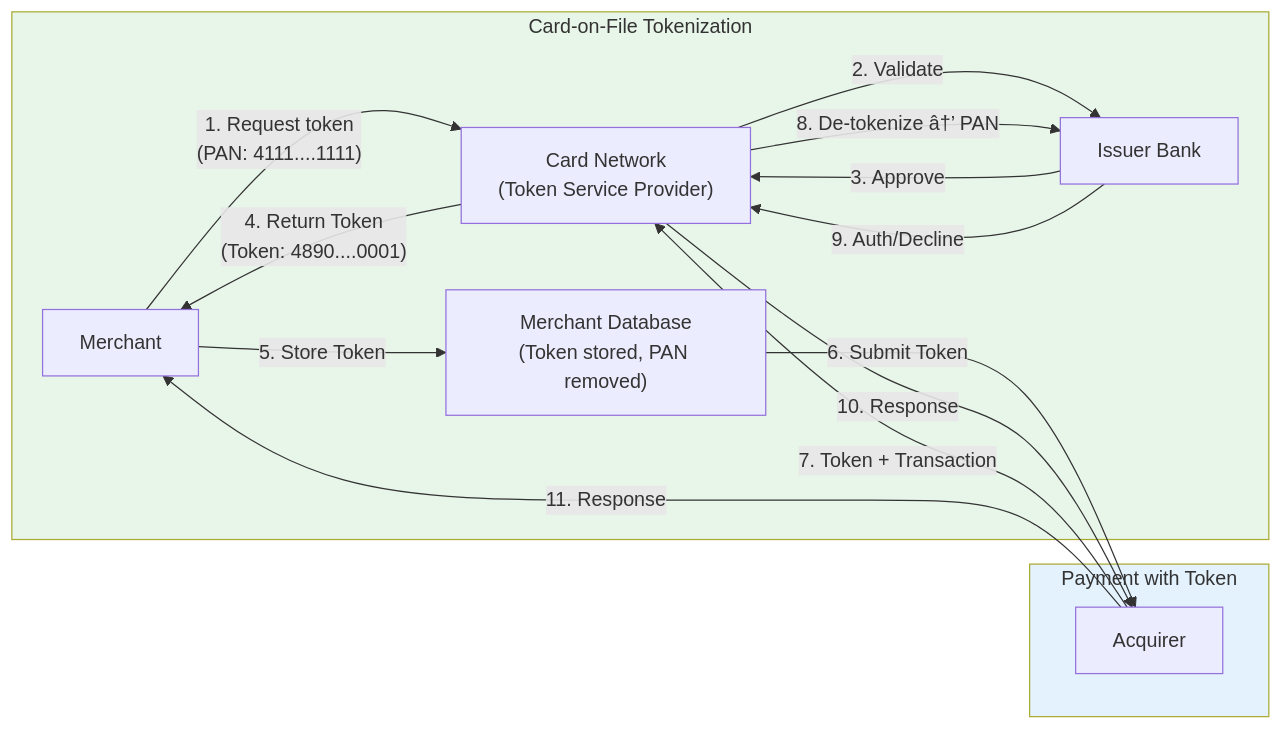
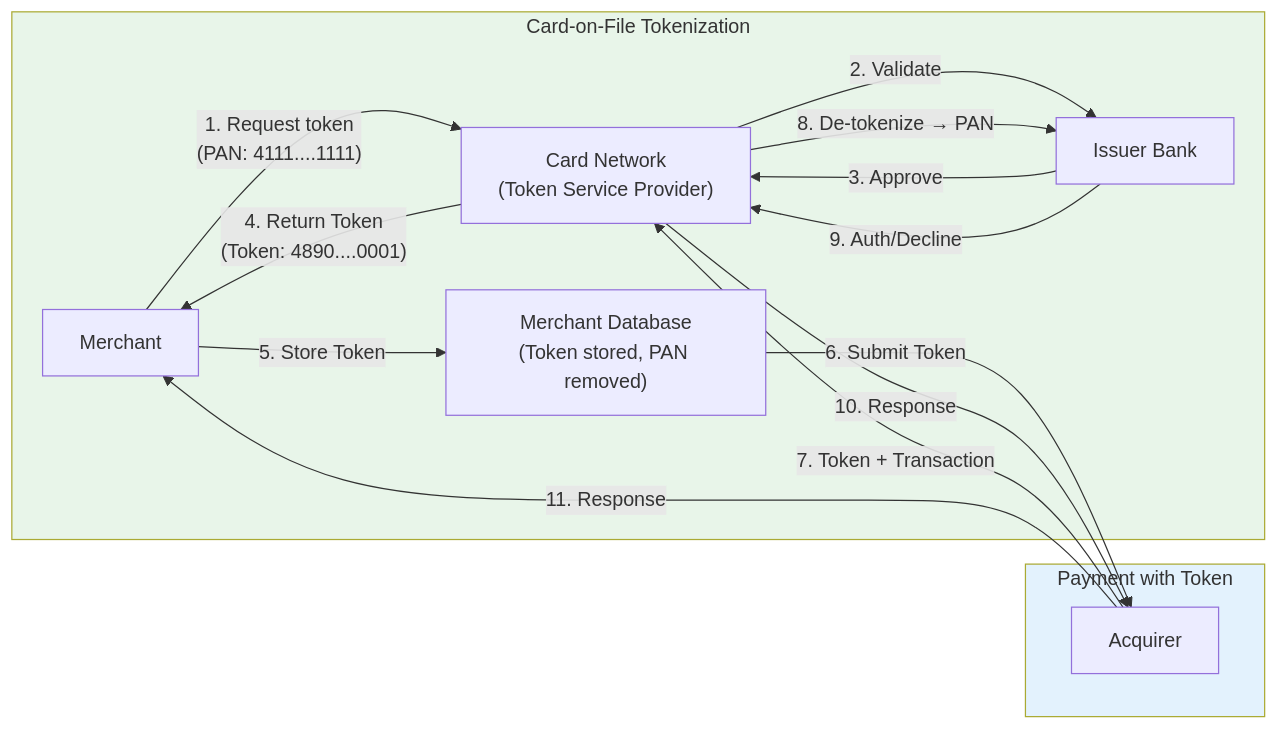
Before and after one commit to Raushan666java/ai-engineering-journey: the second of 4 diagrams in docs/courses/information-security/05-banking-payment-security.md, drawn with Mermaid. The commit also changed other lines of this file and 965 other files, not shown here.

````diff
--- a/docs/courses/information-security/05-banking-payment-security.md
+++ b/docs/courses/information-security/05-banking-payment-security.md
@@ -238,20 +238,20 @@
 ```mermaid
 flowchart LR
     subgraph Tokenization[Card-on-File Tokenization]
         M["Merchant"] -->|"1. Request token<br/>(PAN: 4111....1111)"| N["Card Network<br/>(Token Service Provider)"]
         N -->|"2. Validate"| I["Issuer Bank"]
         I -->|"3. Approve"| N
         N -->|"4. Return Token<br/>(Token: 4890....0001)"| M
         M -->|"5. Store Token"| DB["Merchant Database<br/>(Token stored, PAN removed)"]
     end
     subgraph Payment[Payment with Token]
         DB -->|"6. Submit Token"| A["Acquirer"]
         A -->|"7. Token + Transaction"| N
-        N -->|"8. De-tokenize â†’ PAN"| I
+        N -->|"8. De-tokenize → PAN"| I
         I -->|"9. Auth/Decline"| N
         N -->|"10. Response"| A
         A -->|"11. Response"| M
     end
     style Tokenization fill:#e8f5e9
     style Payment fill:#e3f2fd
 ```
````
